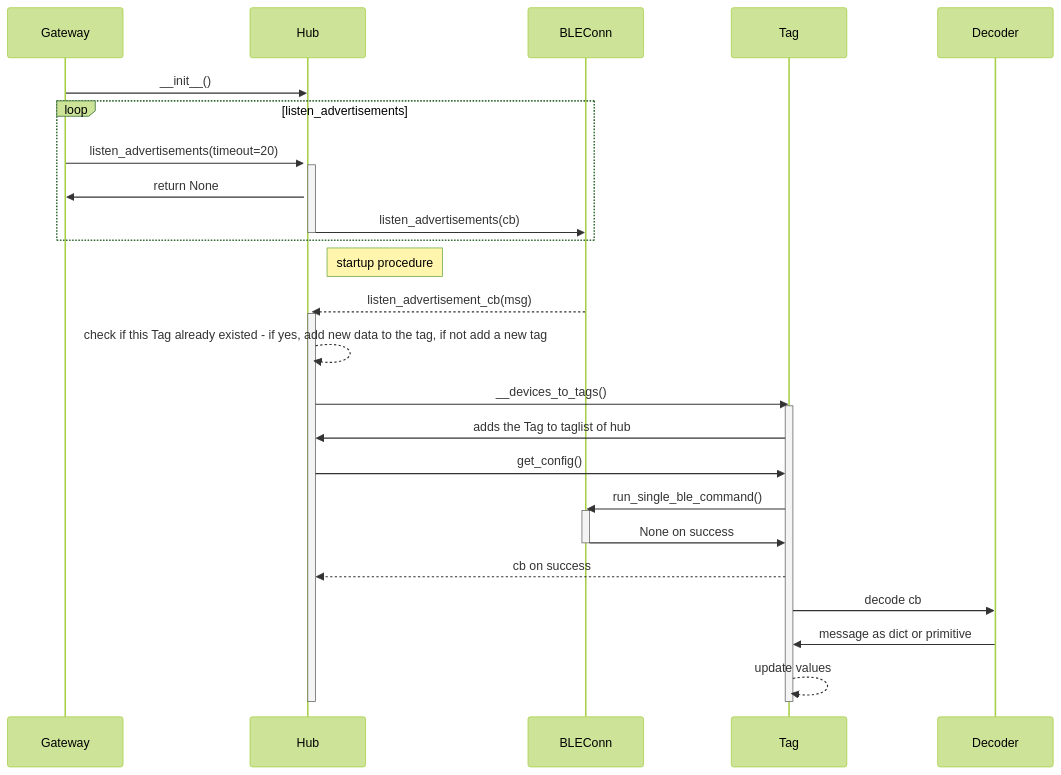
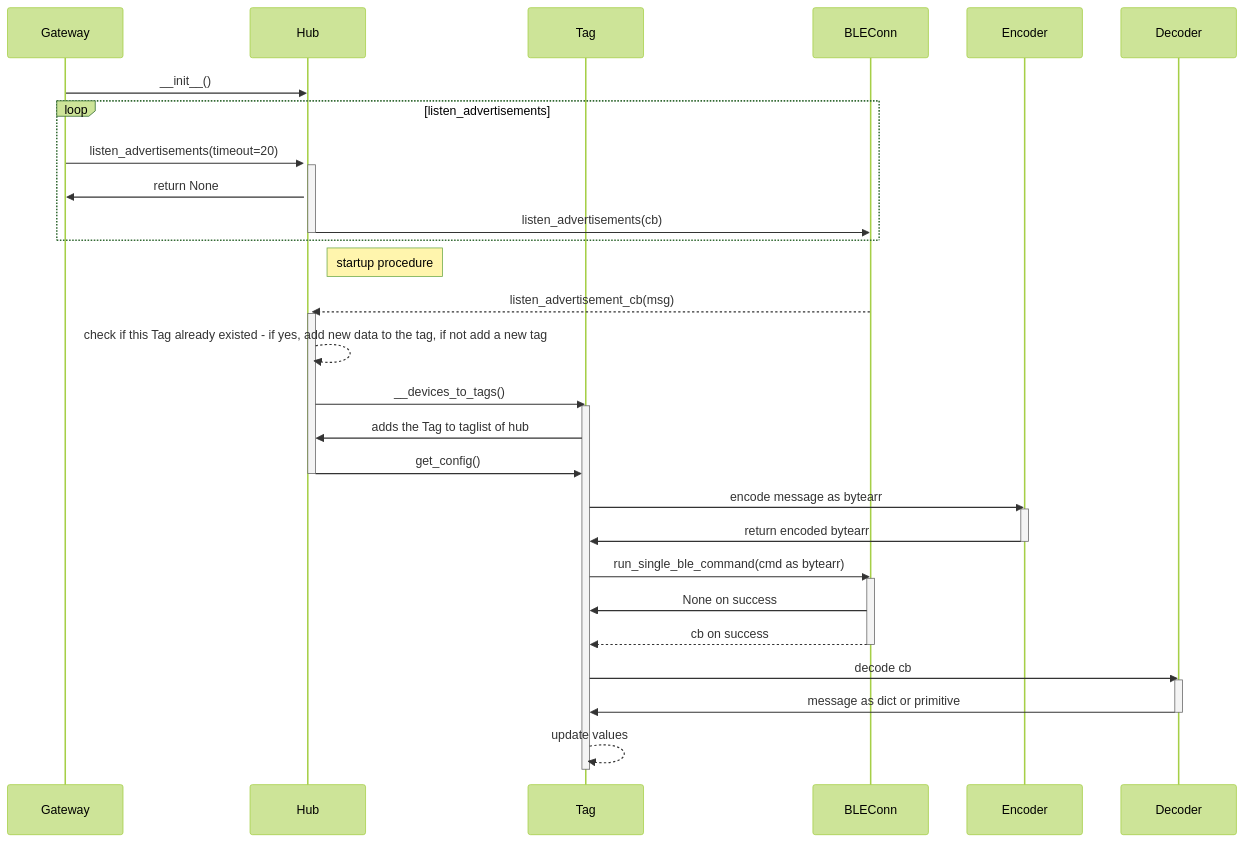
The second of 2 diagrams in docs/index.md (bchwtz/bchwtz-gateway), drawn with Mermaid (forest theme) before and after one commit.

Commit message:
updated sequence diag

````diff
--- a/docs/index.md
+++ b/docs/index.md
@@ -70,31 +70,43 @@
 ``` mermaid
 sequenceDiagram
+  participant Gateway
+  participant Hub
+  participant Tag
+  participant BLEConn
+  participant Encoder
+  participant Decoder
   Gateway->>Hub: __init__()
   activate Hub
 
   loop listen_advertisements
     Gateway->>Hub: listen_advertisements(timeout=20)
     activate Hub
     Hub->>Gateway: return None
     Hub->>BLEConn: listen_advertisements(cb)
     deactivate Hub
   end
   Note right of Hub: startup procedure
   BLEConn-->>Hub: listen_advertisement_cb(msg)
   activate Hub
   Hub-->>Hub: check if this Tag already existed - if yes, add new data to the tag, if not add a new tag
   Hub->>Tag: __devices_to_tags()
   activate Tag
   Tag->>Hub: adds the Tag to taglist of hub
   Hub->>Tag: get_config()
-  Tag->>BLEConn: run_single_ble_command()
+  deactivate Hub
+  Tag->>Encoder: encode message as bytearr
+  activate Encoder
+  Encoder->>Tag: return encoded bytearr
+  deactivate Encoder
+  Tag->>BLEConn: run_single_ble_command(cmd as bytearr)
   activate BLEConn
   BLEConn->>Tag: None on success
+  BLEConn-->>Tag: cb on success
   deactivate BLEConn
-  Tag-->>Hub: cb on success
   Tag->>Decoder: decode cb
+  activate Decoder
   Decoder->>Tag: message as dict or primitive
+  deactivate Decoder
   Tag-->>Tag: update values
   deactivate Tag
-  deactivate Hub
 ```
````
